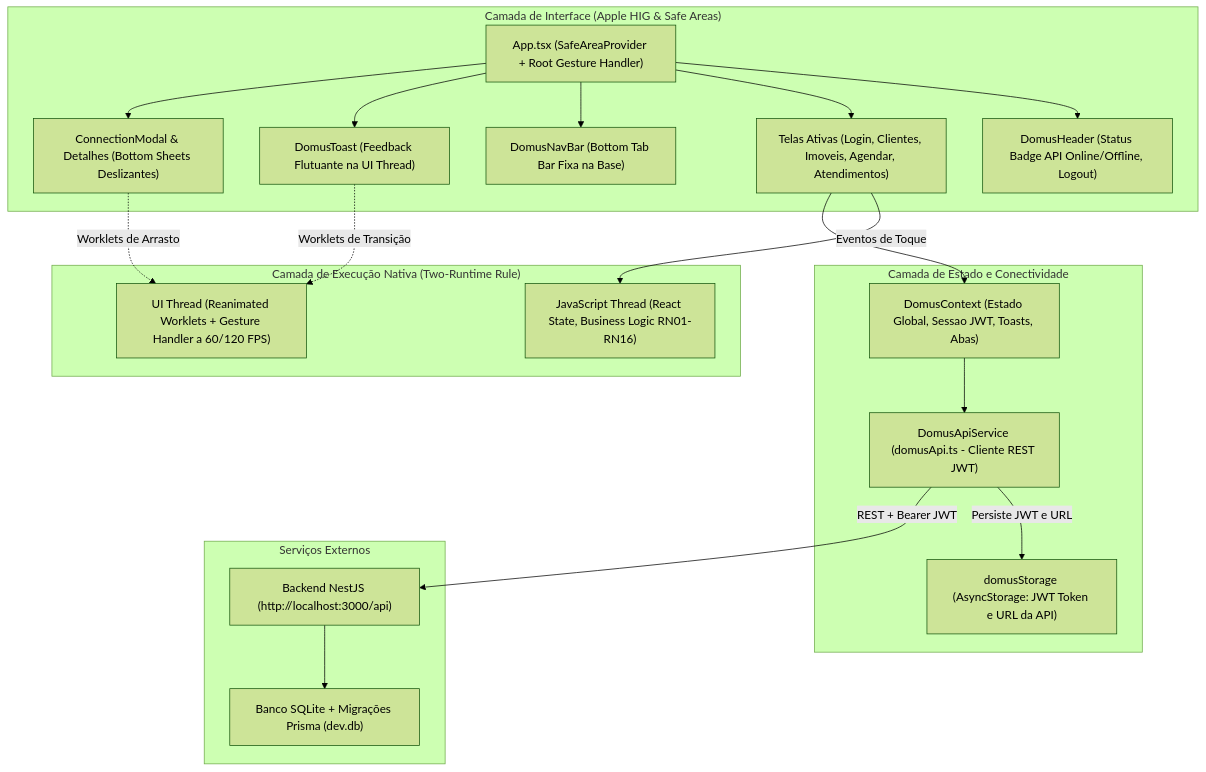
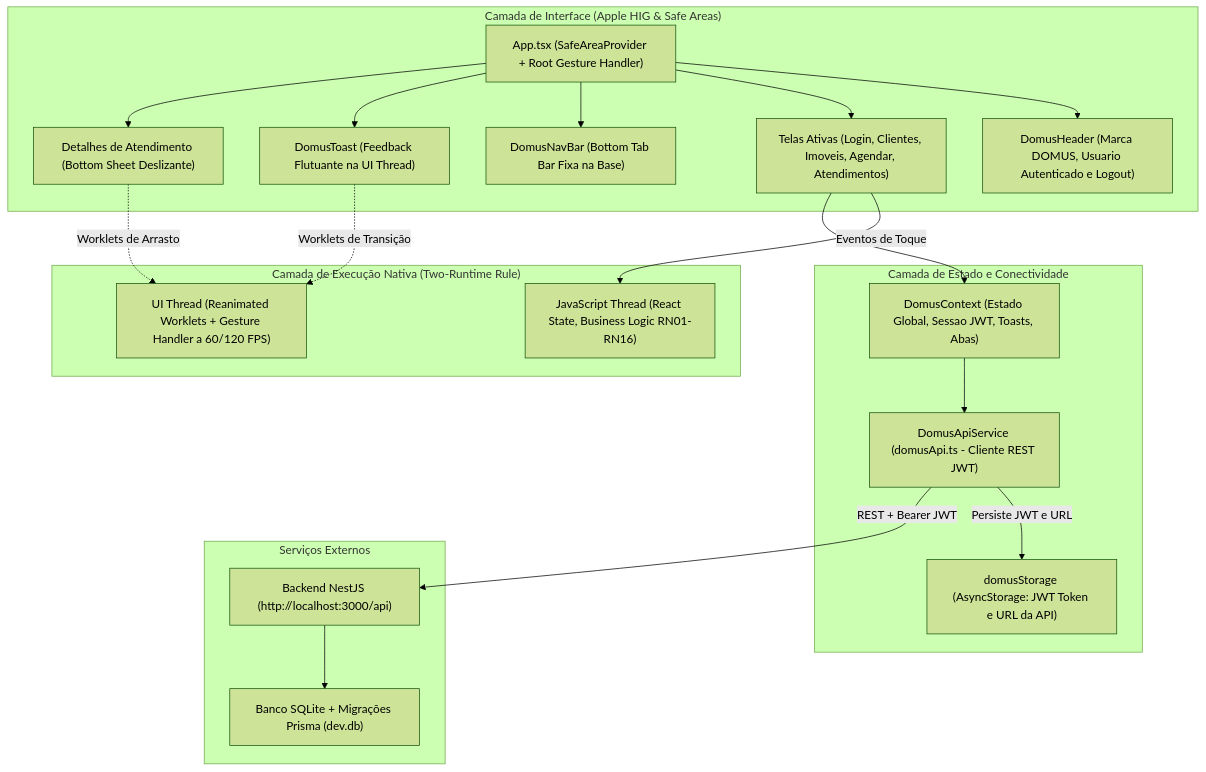
The diagram in docs/MOBILE_SYSTEM_DESIGN.md (rodrigosantoscosta/DOMUS), drawn with Mermaid (forest theme) before and after one commit. The commit also changed other lines of this file and 13 other files, not shown here.

Commit message:
refactor(mobile): remover badges de status da API e modal de conexao

````diff
--- a/docs/MOBILE_SYSTEM_DESIGN.md
+++ b/docs/MOBILE_SYSTEM_DESIGN.md
@@ -23,43 +23,43 @@
 ```mermaid
 flowchart TD
     subgraph UI_LAYER["Camada de Interface (Apple HIG & Safe Areas)"]
         APP["App.tsx (SafeAreaProvider + Root Gesture Handler)"]
-        HEADER["DomusHeader (Status Badge API Online/Offline, Logout)"]
+        HEADER["DomusHeader (Marca DOMUS, Usuario Autenticado e Logout)"]
         NAV["DomusNavBar (Bottom Tab Bar Fixa na Base)"]
         SCREENS["Telas Ativas (Login, Clientes, Imoveis, Agendar, Atendimentos)"]
         TOAST["DomusToast (Feedback Flutuante na UI Thread)"]
-        SHEET["ConnectionModal & Detalhes (Bottom Sheets Deslizantes)"]
+        SHEET["Detalhes de Atendimento (Bottom Sheet Deslizante)"]
     end
 
     subgraph RUNTIME_LAYER["Camada de Execução Nativa (Two-Runtime Rule)"]
         UI_THREAD["UI Thread (Reanimated Worklets + Gesture Handler a 60/120 FPS)"]
         JS_THREAD["JavaScript Thread (React State, Business Logic RN01-RN16)"]
     end
 
     subgraph STATE_LAYER["Camada de Estado e Conectividade"]
         CTX["DomusContext (Estado Global, Sessao JWT, Toasts, Abas)"]
         API["DomusApiService (domusApi.ts - Cliente REST JWT)"]
         STORAGE["domusStorage (AsyncStorage: JWT Token e URL da API)"]
     end
 
     subgraph BACKEND_LAYER["Serviços Externos"]
         NEST["Backend NestJS (http://localhost:3000/api)"]
         SQLITE["Banco SQLite + Migrações Prisma (dev.db)"]
     end
 
     APP --> HEADER
     APP --> SCREENS
     APP --> NAV
     APP --> TOAST
     APP --> SHEET
 
     SHEET -.->|"Worklets de Arrasto"| UI_THREAD
     TOAST -.->|"Worklets de Transição"| UI_THREAD
     SCREENS -->|"Eventos de Toque"| JS_THREAD
 
     SCREENS --> CTX
     CTX --> API
     API -->|"Persiste JWT e URL"| STORAGE
     API -->|"REST + Bearer JWT"| NEST
     NEST --> SQLITE
 ```
````
